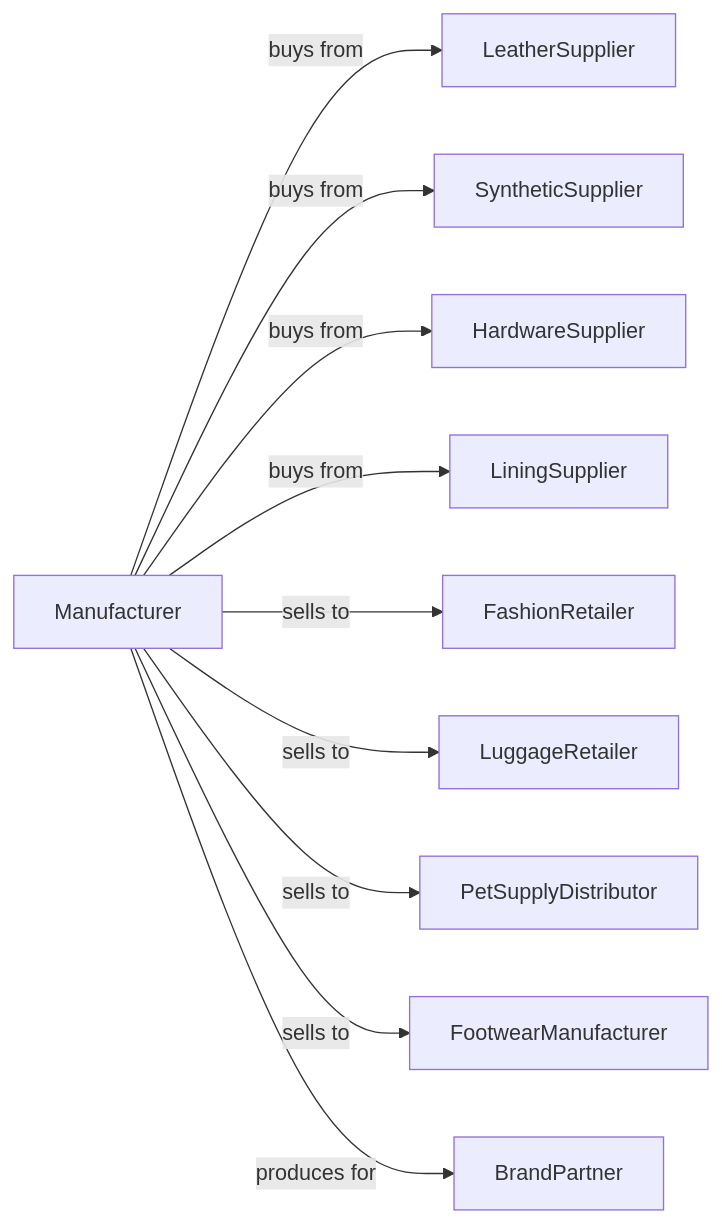
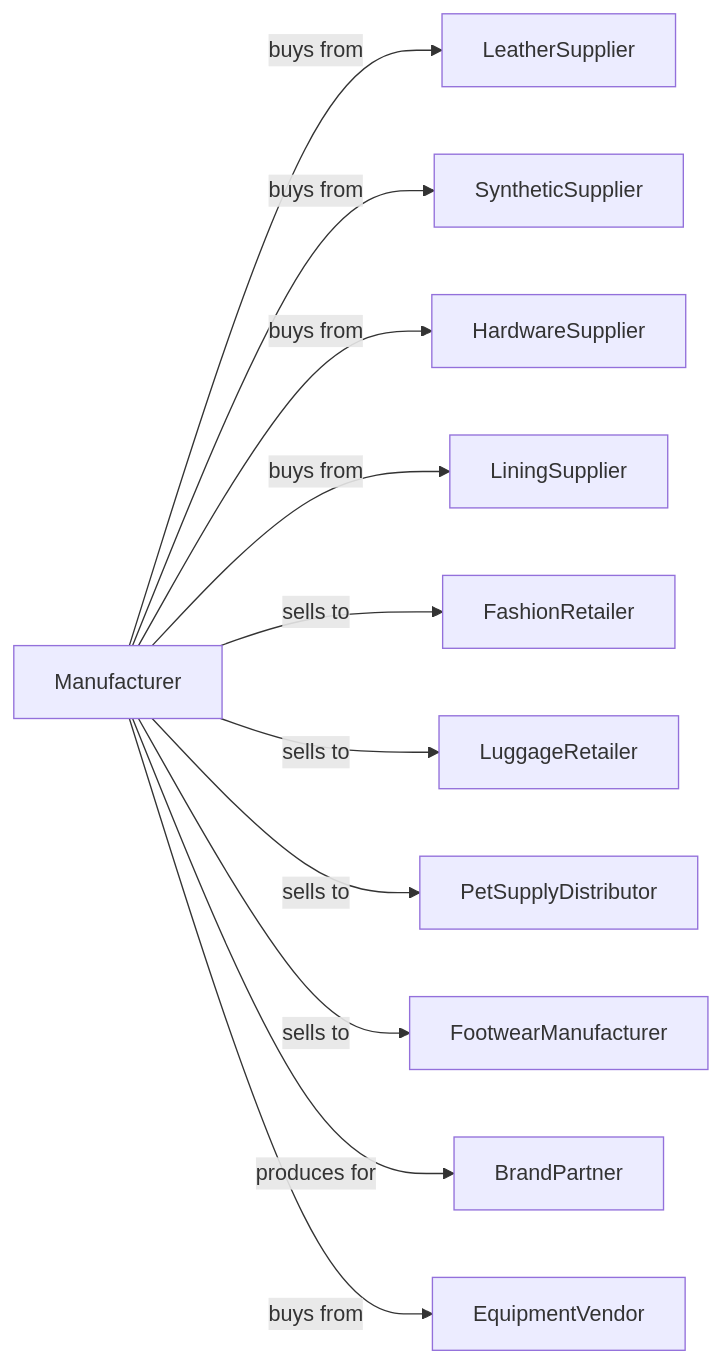
The second of 2 diagrams in Manufacturing/LeatherAndAlliedProductManufacturing/OtherLeatherAndAlliedProductManufacturing/OtherLeatherAndAlliedProductManufacturing.mdx (dot-org-ai/industries.org.ai), drawn with Mermaid before and after one commit. The commit also changed 588 other files, not shown here.

````diff
--- a/Manufacturing/LeatherAndAlliedProductManufacturing/OtherLeatherAndAlliedProductManufacturing/OtherLeatherAndAlliedProductManufacturing.mdx
+++ b/Manufacturing/LeatherAndAlliedProductManufacturing/OtherLeatherAndAlliedProductManufacturing/OtherLeatherAndAlliedProductManufacturing.mdx
@@ -136,14 +136,15 @@
 ```mermaid
 graph LR
     M[Manufacturer]
 
     M -->|buys from| LeatherSupplier
     M -->|buys from| SyntheticSupplier
     M -->|buys from| HardwareSupplier
     M -->|buys from| LiningSupplier
     M -->|sells to| FashionRetailer
     M -->|sells to| LuggageRetailer
     M -->|sells to| PetSupplyDistributor
     M -->|sells to| FootwearManufacturer
     M -->|produces for| BrandPartner
+    M -->|buys from| EquipmentVendor
 ```
````
